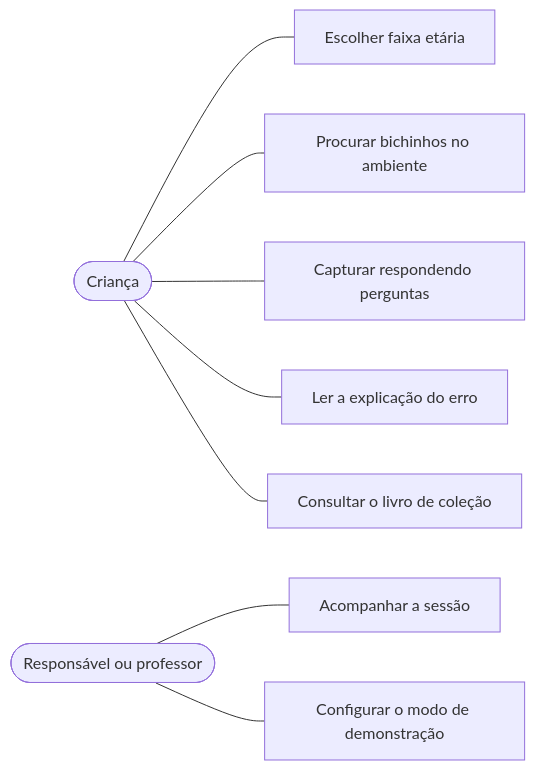
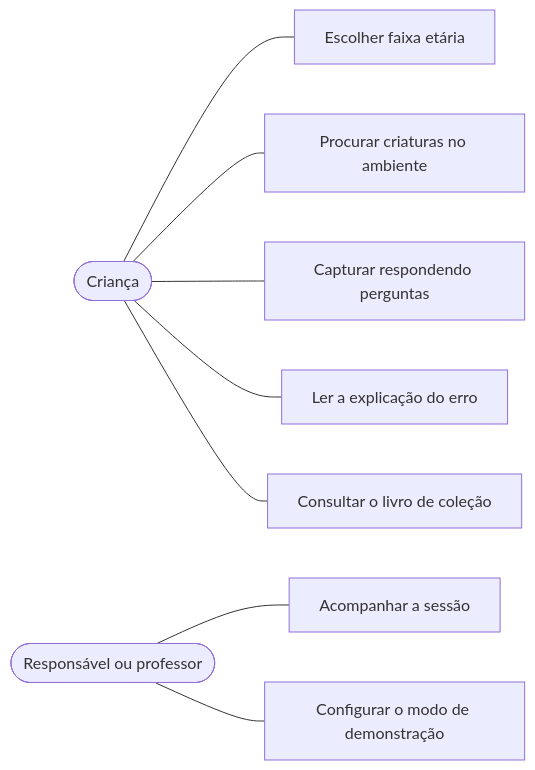
Before and after one commit to heyyiza/ARMATH: the second of 3 diagrams in README.md, drawn with Mermaid. The commit also changed other lines of this file, not shown here.

````diff
--- a/README.md
+++ b/README.md
@@ -416,12 +416,12 @@
 ```mermaid
 flowchart LR
     C(["Criança"])
     R(["Responsável ou professor"])
     C --- U1["Escolher faixa etária"]
-    C --- U2["Procurar bichinhos no ambiente"]
+    C --- U2["Procurar criaturas no ambiente"]
     C --- U3["Capturar respondendo perguntas"]
     C --- U4["Ler a explicação do erro"]
     C --- U5["Consultar o livro de coleção"]
     R --- U6["Acompanhar a sessão"]
     R --- U7["Configurar o modo de demonstração"]
 ```
````
